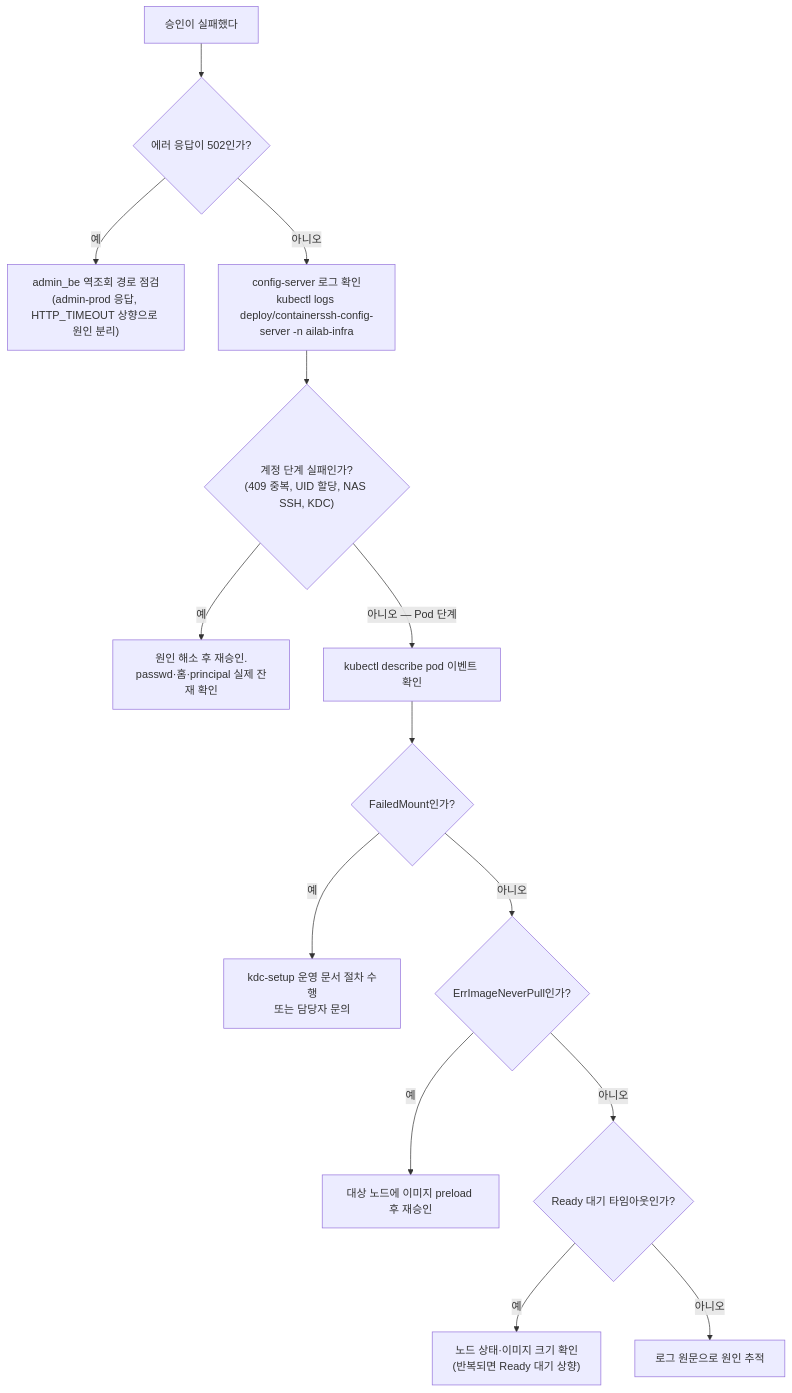
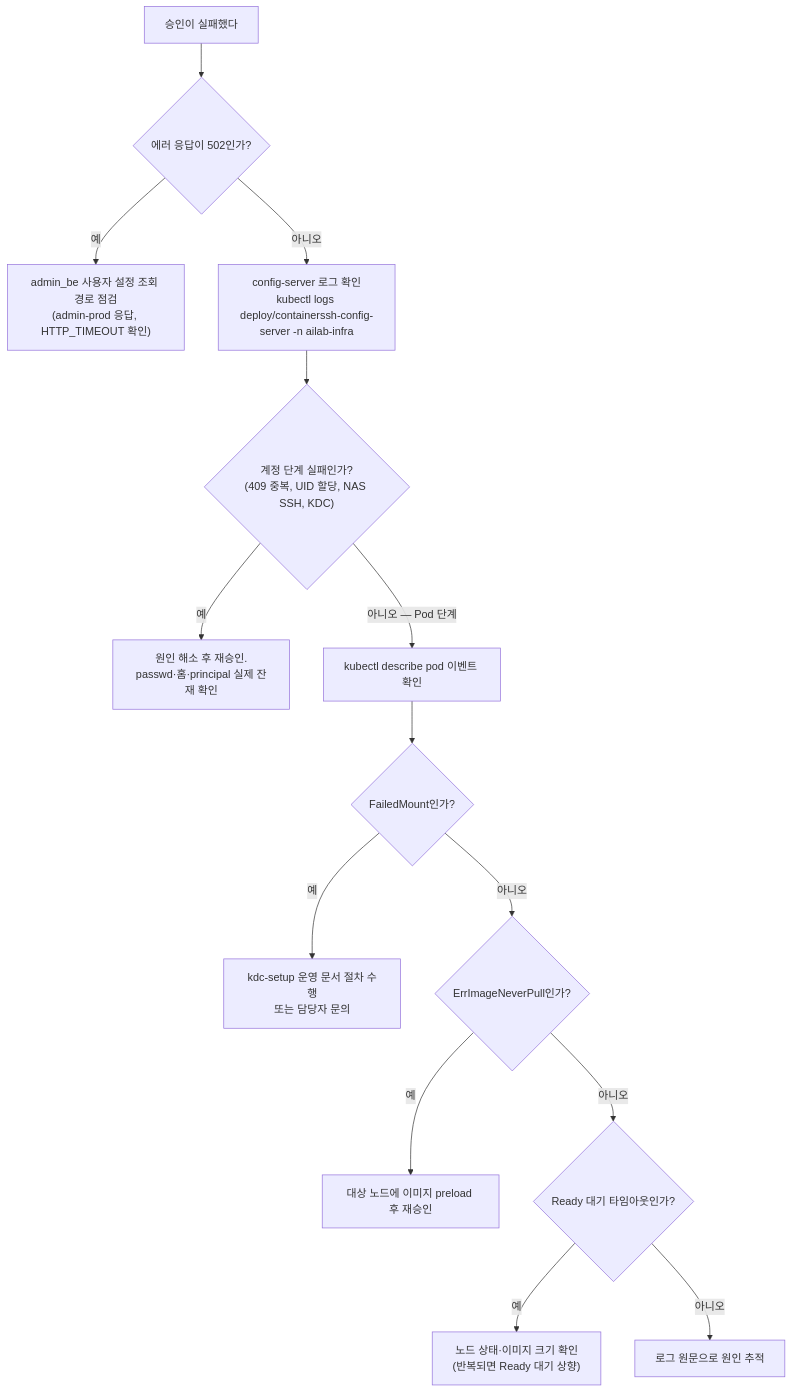
Before and after one commit to CSID-DGU/admin_wiki: the third of 4 diagrams in md/infra/operations/운영-매뉴얼.md, drawn with Mermaid. The commit also changed other lines of this file and 13 other files, not shown here.

````diff
--- a/md/infra/operations/운영-매뉴얼.md
+++ b/md/infra/operations/운영-매뉴얼.md
@@ -568,16 +568,16 @@
 ```mermaid
 flowchart TD
     A["승인이 실패했다"] --> B{"에러 응답이 502인가?"}
-    B -->|"예"| C["admin_be 역조회 경로 점검<br/>(admin-prod 응답, HTTP_TIMEOUT 상향으로 원인 분리)"]
+    B -->|"예"| C["admin_be 사용자 설정 조회 경로 점검<br/>(admin-prod 응답, HTTP_TIMEOUT 확인)"]
     B -->|"아니오"| D["config-server 로그 확인<br/>kubectl logs deploy/containerssh-config-server -n ailab-infra"]
     D --> E{"계정 단계 실패인가?<br/>(409 중복, UID 할당, NAS SSH, KDC)"}
     E -->|"예"| F["원인 해소 후 재승인.<br/>passwd·홈·principal 실제 잔재 확인"]
     E -->|"아니오 — Pod 단계"| G["kubectl describe pod 이벤트 확인"]
     G --> H{"FailedMount인가?"}
     H -->|"예"| I["kdc-setup 운영 문서 절차 수행<br/>또는 담당자 문의"]
     H -->|"아니오"| J{"ErrImageNeverPull인가?"}
     J -->|"예"| K["대상 노드에 이미지 preload 후 재승인"]
     J -->|"아니오"| L{"Ready 대기 타임아웃인가?"}
     L -->|"예"| M["노드 상태·이미지 크기 확인<br/>(반복되면 Ready 대기 상향)"]
     L -->|"아니오"| N["로그 원문으로 원인 추적"]
 ```
````
